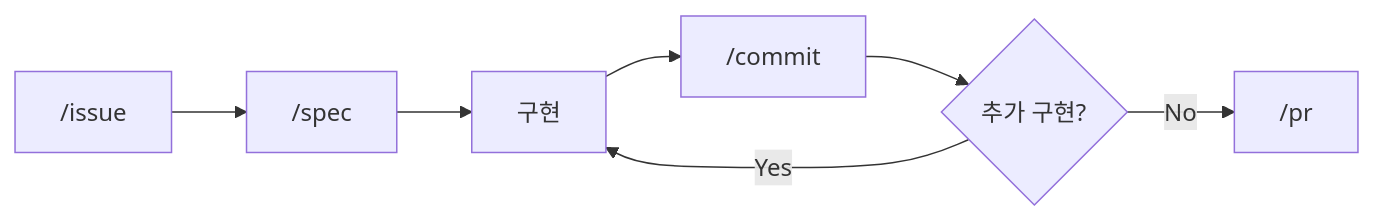
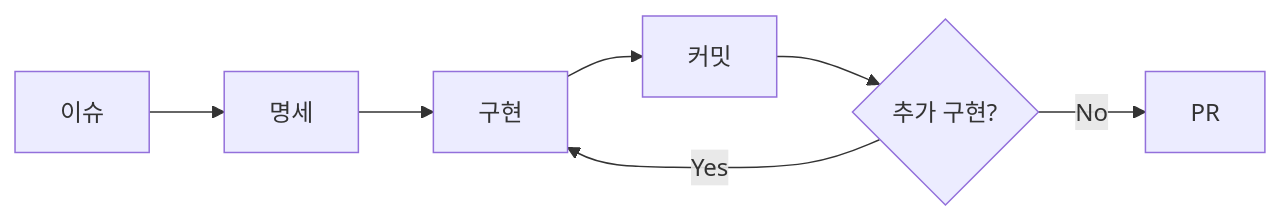
One commit to idean3885/claude-devex changed the diagram in README.md. Above: the diagram before and after it, drawn with Mermaid. The commit also changed other lines of this file and 9 other files, not shown here.

````diff
--- a/README.md
+++ b/README.md
@@ -32,9 +80,9 @@
 ```mermaid
 graph LR
-    A["/issue"] --> B["/spec"]
+    A["이슈"] --> B["명세"]
     B --> C["구현"]
-    C --> D["/commit"]
+    C --> D["커밋"]
     D --> E{추가 구현?}
     E -->|Yes| C
-    E -->|No| F["/pr"]
+    E -->|No| F["PR"]
 ```
````
